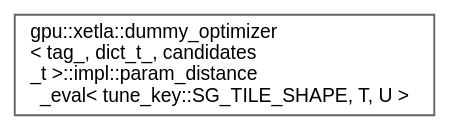
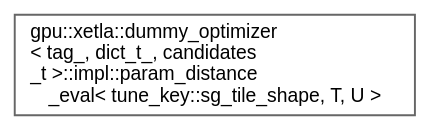
The diagram in docs/inherit_graph_53.dot (intel/xetla), drawn with Graphviz before and after one commit. The commit also changed 313 other files, not shown here.

```diff
--- a/docs/inherit_graph_53.dot
+++ b/docs/inherit_graph_53.dot
@@ -1,9 +1,9 @@
 digraph "Graphical Class Hierarchy"
 {
  // LATEX_PDF_SIZE
   bgcolor="transparent";
   edge [fontname=Helvetica,fontsize=10,labelfontname=Helvetica,labelfontsize=10];
   node [fontname=Helvetica,fontsize=10,shape=box,height=0.2,width=0.4];
   rankdir="LR";
-  Node0 [id="Node000000",label="gpu::xetla::dummy_optimizer\l\< tag_, dict_t_, candidates\l_t \>::impl::param_distance\l_eval\< tune_key::SG_TILE_SHAPE, T, U \>",height=0.2,width=0.4,color="grey40", fillcolor="white", style="filled",URL="$structgpu_1_1xetla_1_1dummy__optimizer_1_1impl_1_1param__distance__eval_3_01tune__key_1_1SG__TILE__SHAPE_00_01T_00_01U_01_4.html",tooltip=" "];
+  Node0 [id="Node000000",label="gpu::xetla::dummy_optimizer\l\< tag_, dict_t_, candidates\l_t \>::impl::param_distance\l_eval\< tune_key::sg_tile_shape, T, U \>",height=0.2,width=0.4,color="grey40", fillcolor="white", style="filled",URL="$structgpu_1_1xetla_1_1dummy__optimizer_1_1impl_1_1param__distance__eval_3_01tune__key_1_1sg__tile__shape_00_01T_00_01U_01_4.html",tooltip=" "];
 }
```
